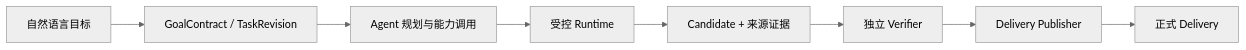
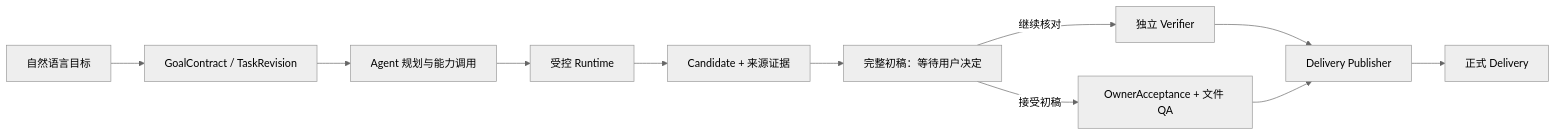
The diagram in README.md (Eclipseic1848/Mangrove_ai), drawn with Mermaid (neutral theme) before and after one commit. The commit also changed other lines of this file and 235 other files, not shown here.

````diff
--- a/README.md
+++ b/README.md
@@ -62,10 +74,13 @@
 ```mermaid
 flowchart LR
     A["自然语言目标"] --> B["GoalContract / TaskRevision"]
     B --> C["Agent 规划与能力调用"]
     C --> D["受控 Runtime"]
     D --> E["Candidate + 来源证据"]
-    E --> F["独立 Verifier"]
+    E --> I["完整初稿：等待用户决定"]
+    I -->|继续核对| F["独立 Verifier"]
+    I -->|接受初稿| J["OwnerAcceptance + 文件 QA"]
     F --> G["Delivery Publisher"]
+    J --> G
     G --> H["正式 Delivery"]
 ```
````
